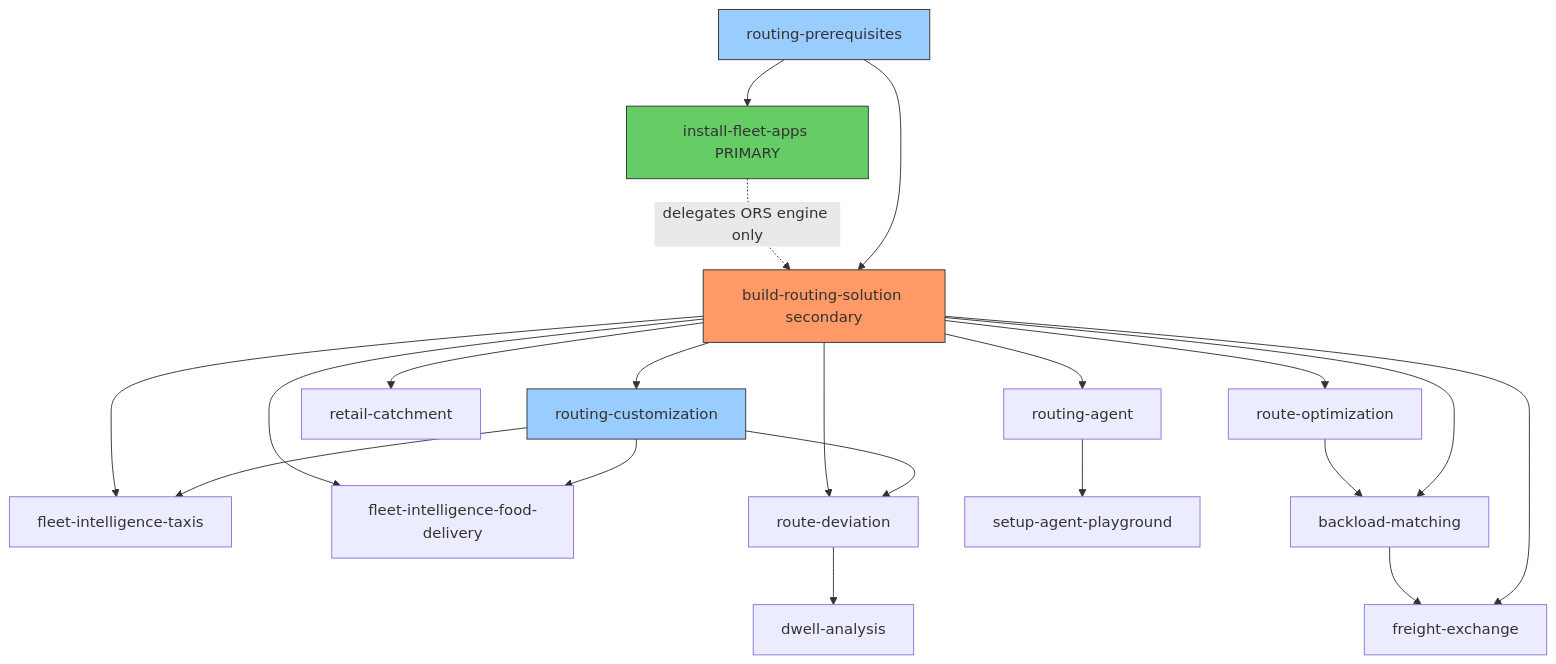
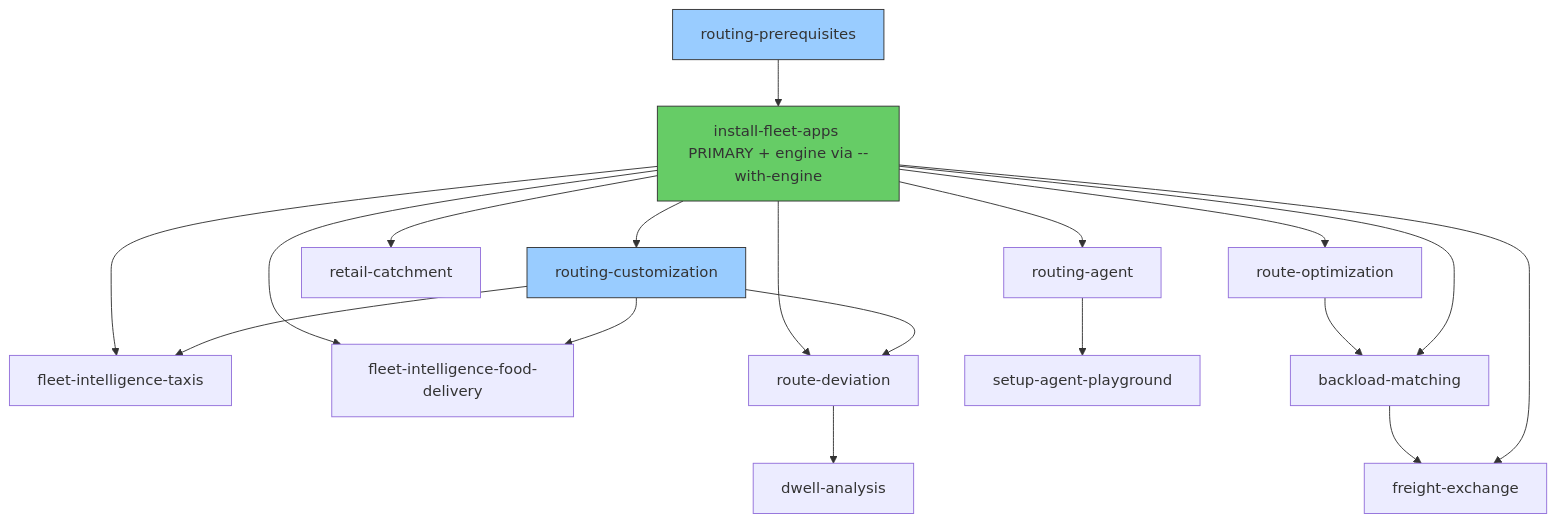
Before and after one commit to Snowflake-Labs/sfguide-create-a-route-optimisation-and-vehicle-route-plan-simulator: the diagram in AGENTS.md, drawn with Mermaid. The commit also changed other lines of this file and 17 other files, not shown here.

First line of the commit message:
chore: retire build-routing-solution to a tombstone; install-fleet-apps is sole infra skill

````diff
--- a/AGENTS.md
+++ b/AGENTS.md
@@ -307,27 +313,24 @@
 ```mermaid
 graph TD
-    RP[routing-prerequisites] --> IFA[install-fleet-apps PRIMARY]
-    IFA -.->|"delegates ORS engine only"| BRS[build-routing-solution secondary]
-    RP --> BRS
-    BRS --> RC[routing-customization]
-    BRS --> RO[route-optimization]
-    BRS --> FIT[fleet-intelligence-taxis]
-    BRS --> FIFD[fleet-intelligence-food-delivery]
-    BRS --> RET[retail-catchment]
-    BRS --> RD[route-deviation]
-    BRS --> RA[routing-agent]
+    RP[routing-prerequisites] --> IFA[install-fleet-apps PRIMARY + engine via --with-engine]
+    IFA --> RC[routing-customization]
+    IFA --> RO[route-optimization]
+    IFA --> FIT[fleet-intelligence-taxis]
+    IFA --> FIFD[fleet-intelligence-food-delivery]
+    IFA --> RET[retail-catchment]
+    IFA --> RD[route-deviation]
+    IFA --> RA[routing-agent]
     RA --> SAP[setup-agent-playground]
     RO --> BM[backload-matching]
-    BRS --> BM
+    IFA --> BM
     BM --> FX[freight-exchange]
-    BRS --> FX
+    IFA --> FX
     RC --> FIT
     RC --> FIFD
     RC --> RD
  RD --> DA[dwell-analysis]
 
  style IFA fill:#6c6,stroke:#333
- style BRS fill:#f96,stroke:#333
  style RP fill:#9cf,stroke:#333
  style RC fill:#9cf,stroke:#333
 ```
````
